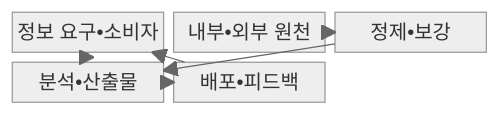
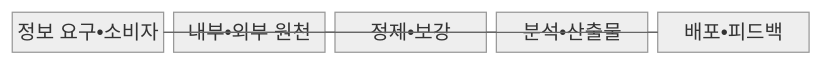
The first of 2 diagrams in src/content/docs/notes/05-security/031_cyber_threat_intelligence.md (agnusdei1207/knowledge-base), drawn with Mermaid (neutral theme) before and after one commit. The commit also changed other lines of this file and 493 other files, not shown here.

````diff
--- a/src/content/docs/notes/05-security/031_cyber_threat_intelligence.md
+++ b/src/content/docs/notes/05-security/031_cyber_threat_intelligence.md
@@ -66,14 +66,14 @@
 ```mermaid
-block
-    columns 3
+block-beta
+    columns 5
     A["정보 요구•소비자"]
     B["내부•외부 원천"]
     C["정제•보강"]
     D["분석•산출물"]
     E["배포•피드백"]
-    A --> D
-    B --> C
-    C --> D
-    D --> E
-    E --> A
+    A --- D
+    B --- C
+    C --- D
+    D --- E
+    E --- A
 ```
````
